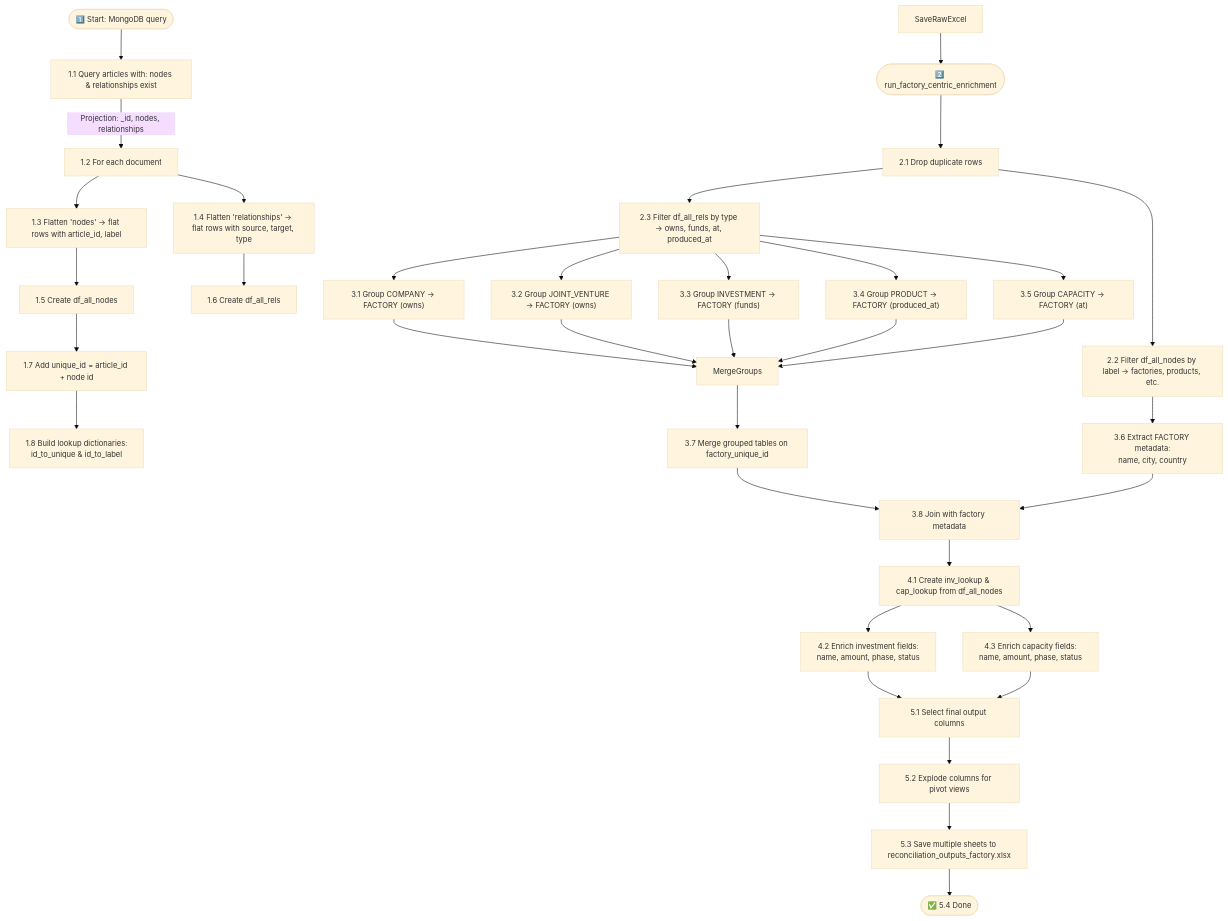
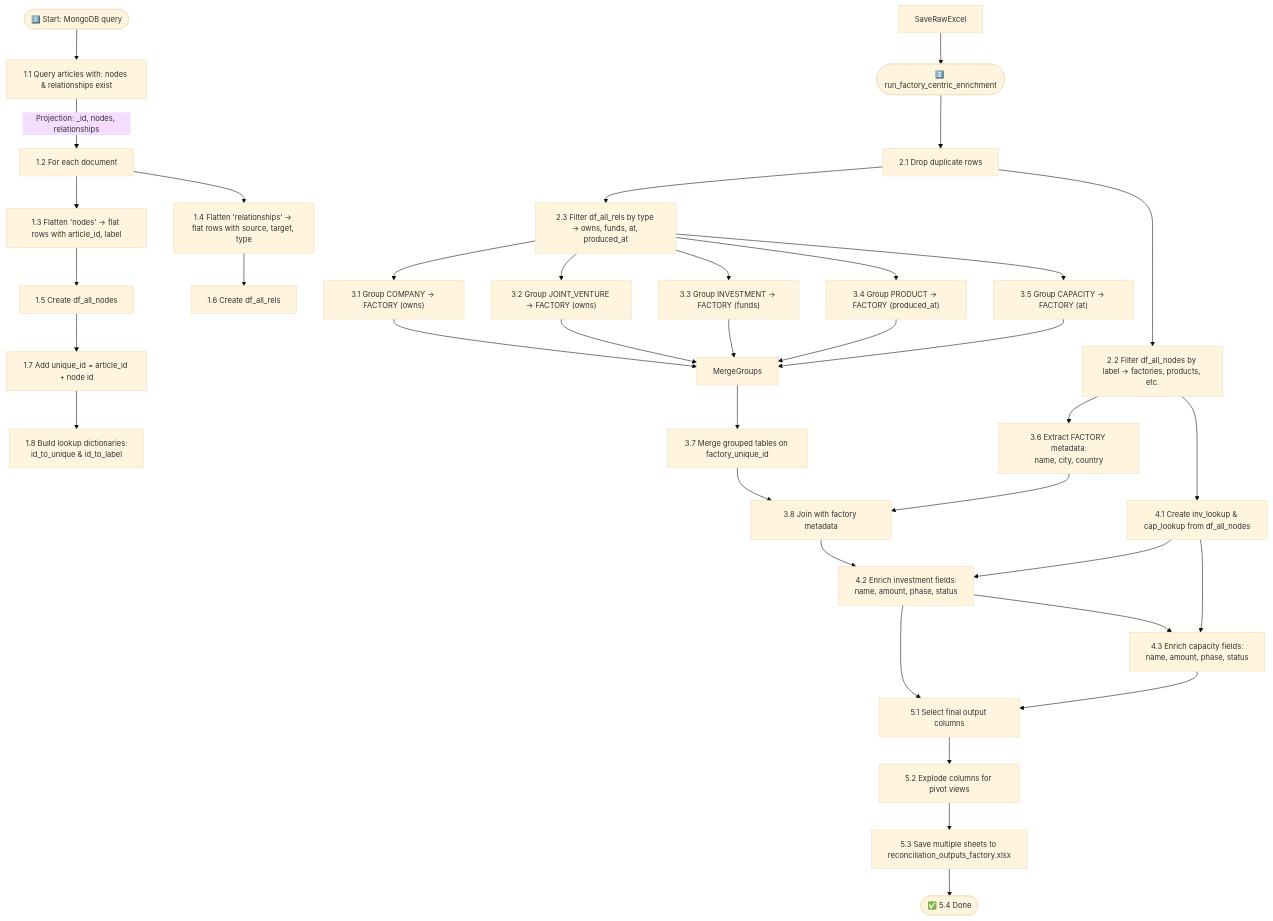
Before and after one commit to benmcwilliams/tuone-core: the diagram in reconcile/Readme.md, drawn with Mermaid.

````diff
--- a/reconcile/Readme.md
+++ b/reconcile/Readme.md
@@ -17,48 +17,50 @@
 ```mermaid
 %%{init: {'theme': 'base', 'themeVariables': { 'fontSize': '14px' }}}%%
 flowchart TD
 
 %% Section 1: Mongo query and document loop
 Start([1️⃣ Start: MongoDB query]) --> QueryMongo["1.1 Query articles with: nodes & relationships exist"]
 QueryMongo -->|Projection: _id, nodes, relationships| IterateDocs["1.2 For each document"]
 IterateDocs --> FlattenNodes["1.3 Flatten 'nodes' → flat rows with article_id, label"]
 IterateDocs --> FlattenRels["1.4 Flatten 'relationships' → flat rows with source, target, type"]
 FlattenNodes --> DFNodes["1.5 Create df_all_nodes"]
 FlattenRels --> DFRels["1.6 Create df_all_rels"]
 DFNodes --> UniqueID["1.7 Add unique_id = article_id + node id"]
 UniqueID["1.7 Add unique_id = article_id + node id"] --> IDToLabel["1.8 Build lookup dictionaries:\nid_to_unique & id_to_label"]
 
 
 %% Section 2: Begin enrichment function
 SaveRawExcel --> StartEnrich([2️⃣ run_factory_centric_enrichment])
 StartEnrich --> Deduplicate["2.1 Drop duplicate rows"]
 Deduplicate --> SubsetNodes["2.2 Filter df_all_nodes by label → factories, products, etc."]
+SubsetNodes["2.2 Filter df_all_nodes by label → factories, products, etc."] --> BuildLookups["4.1 Create inv_lookup & cap_lookup from df_all_nodes"]
 Deduplicate --> SubsetRels["2.3 Filter df_all_rels by type → owns, funds, at, produced_at"]
 
 %% Section 3: Grouping via relationships
 SubsetRels --> GroupOwns["3.1 Group COMPANY → FACTORY (owns)"]
 SubsetRels --> GroupOwnsJV["3.2 Group JOINT_VENTURE → FACTORY (owns)"]
 SubsetRels --> GroupFunds["3.3 Group INVESTMENT → FACTORY (funds)"]
 SubsetRels --> GroupProducts["3.4 Group PRODUCT → FACTORY (produced_at)"]
 SubsetRels --> GroupCapacities["3.5 Group CAPACITY → FACTORY (at)"]
 GroupOwns --> MergeGroups
 GroupOwnsJV --> MergeGroups
 GroupFunds --> MergeGroups
 GroupProducts --> MergeGroups
 GroupCapacities --> MergeGroups
 SubsetNodes --> FactoryMeta["3.6 Extract FACTORY metadata:\nname, city, country"]
 MergeGroups --> MergeFactory["3.7 Merge grouped tables on factory_unique_id"]
 MergeFactory --> MergeMeta["3.8 Join with factory metadata"]
 FactoryMeta["3.6 Extract FACTORY metadata:\nname, city, country"] --> MergeMeta["3.8 Join with factory metadata"]
 %% Section 4: Enrichment using dictionaries
-MergeMeta --> BuildLookups["4.1 Create inv_lookup & cap_lookup from df_all_nodes"]
-BuildLookups --> EnrichInvest["4.2 Enrich investment fields:\nname, amount, phase, status"]
-BuildLookups --> EnrichCap["4.3 Enrich capacity fields:\nname, amount, phase, status"]
 
+MergeMeta["3.8 Join with factory metadata"] --> EnrichInvest["4.2 Enrich investment fields:\nname, amount, phase, status"]
+BuildLookups["4.1 Create inv_lookup & cap_lookup from df_all_nodes"] --> EnrichInvest["4.2 Enrich investment fields:\nname, amount, phase, status"]
+EnrichInvest["4.2 Enrich investment fields:\nname, amount, phase, status"] --> EnrichCap["4.3 Enrich capacity fields:\nname, amount, phase, status"]
+BuildLookups["4.1 Create inv_lookup & cap_lookup from df_all_nodes"] --> EnrichCap["4.3 Enrich capacity fields:\nname, amount, phase, status"]
 %% Section 5: Excel export
 EnrichInvest --> SelectCols["5.1 Select final output columns"]
 EnrichCap --> SelectCols
 SelectCols --> PivotViews["5.2 Explode columns for pivot views"]
 PivotViews --> SaveExcel["5.3 Save multiple sheets to reconciliation_outputs_factory.xlsx"]
 SaveExcel --> End([✅ 5.4 Done])
 ```
````
